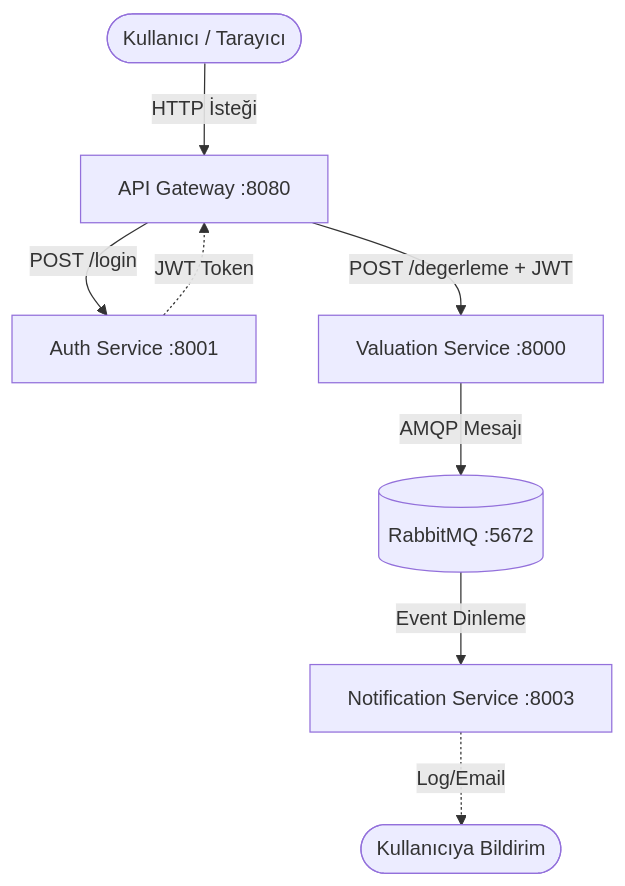
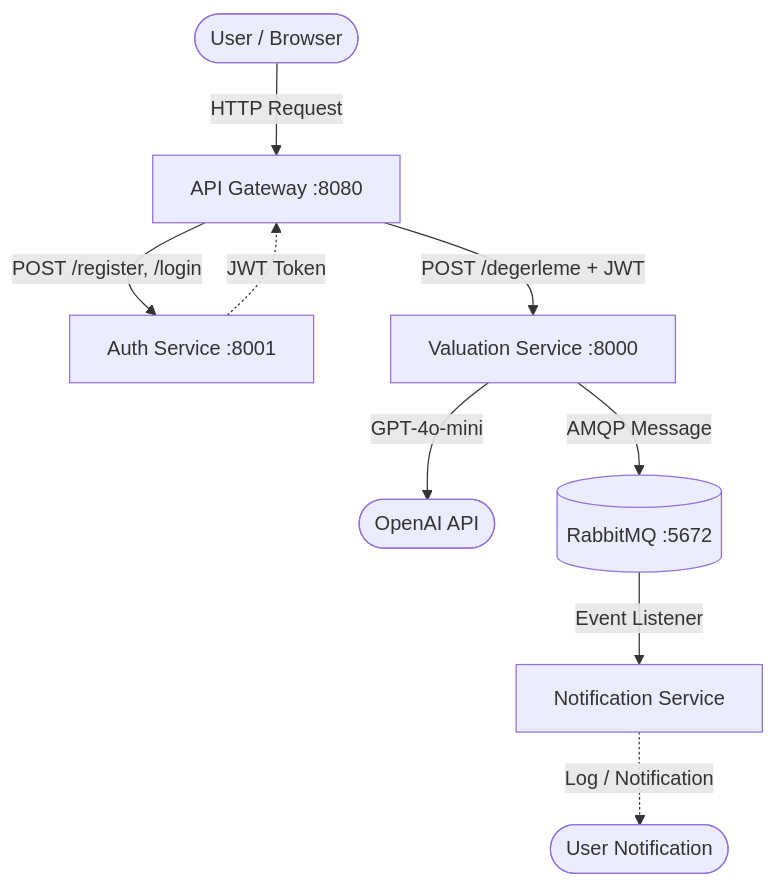
The diagram in README.md (kayracolak/car-valuation-microservice), drawn with Mermaid before and after one commit. The commit also changed other lines of this file, not shown here.

````diff
--- a/README.md
+++ b/README.md
@@ -96,14 +39,14 @@
 ```mermaid
 graph TD
-    Client([Kullanıcı / Tarayıcı]) -->|HTTP İsteği| Gateway[API Gateway :8080]
+    Client([User / Browser]) -->|HTTP Request| Gateway[API Gateway :8080]
 
-    Gateway -->|POST /login| Auth[Auth Service :8001]
+    Gateway -->|POST /register, /login| Auth[Auth Service :8001]
     Auth -.->|JWT Token| Gateway
 
     Gateway -->|POST /degerleme + JWT| Valuation[Valuation Service :8000]
+    Valuation -->|GPT-4o-mini| OpenAI([OpenAI API])
 
-    Valuation -->|AMQP Mesajı| RabbitMQ[(RabbitMQ :5672)]
-
-    RabbitMQ -->|Event Dinleme| Notification[Notification Service :8003]
-    Notification -.->|Log/Email| UserLog([Kullanıcıya Bildirim])
+    Valuation -->|AMQP Message| RabbitMQ[(RabbitMQ :5672)]
+    RabbitMQ -->|Event Listener| Notification[Notification Service]
+    Notification -.->|Log / Notification| UserLog([User Notification])
 ```
````
